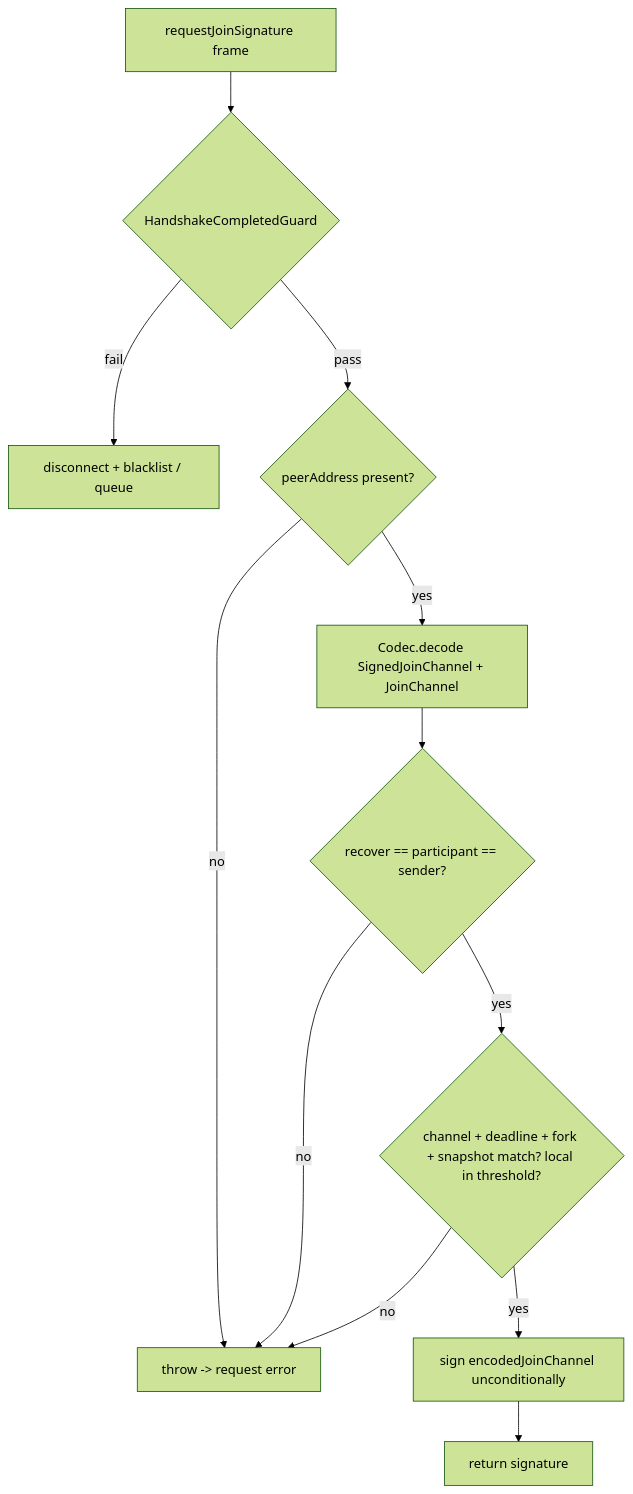
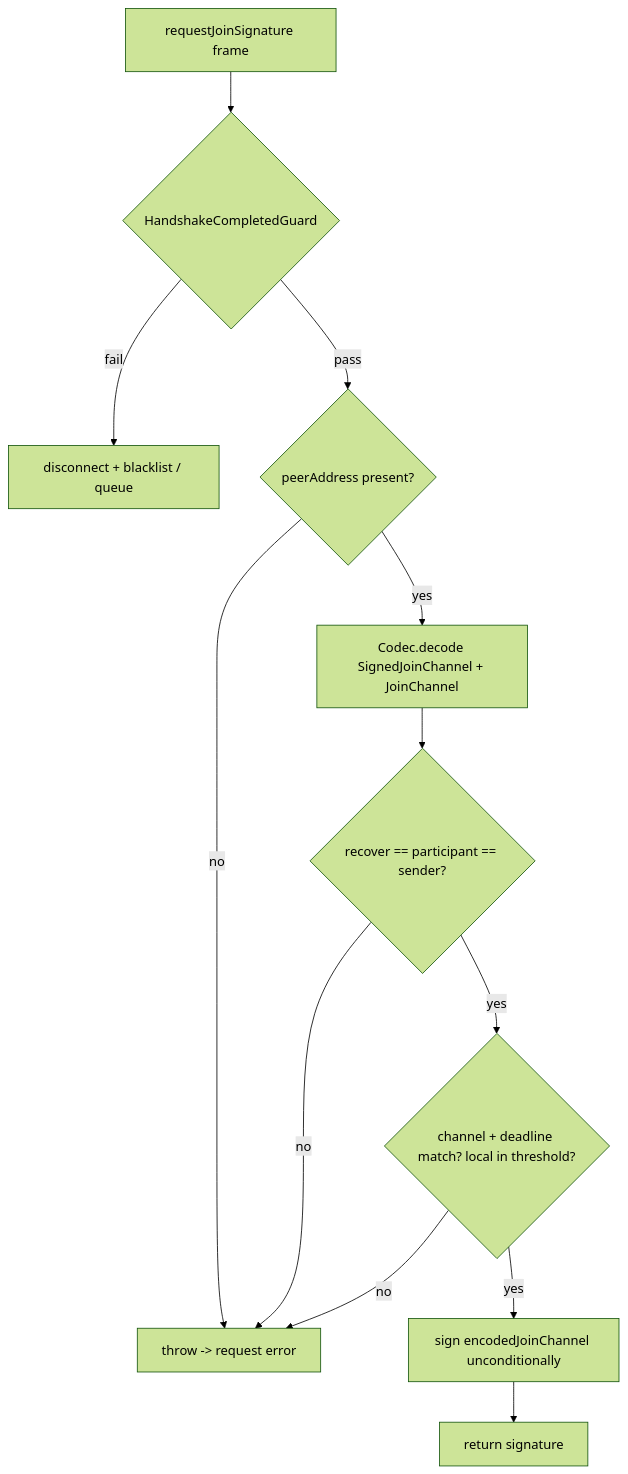
One commit to peer3to/state-channels-plus changed the diagram in docs/spec/implementation/views/architecture/sdk/rpc/join-channel.md. Above: the diagram before and after it, drawn with Mermaid (forest theme). The commit also changed other lines of this file and 283 other files, not shown here.

````diff
--- a/docs/spec/implementation/views/architecture/sdk/rpc/join-channel.md
+++ b/docs/spec/implementation/views/architecture/sdk/rpc/join-channel.md
@@ -160,14 +158,14 @@
 ```mermaid
 flowchart TD
     A[requestJoinSignature frame] --> G{HandshakeCompletedGuard}
     G -- fail --> GF[disconnect + blacklist / queue]
     G -- pass --> P{peerAddress present?}
     P -- no --> X[throw -> request error]
     P -- yes --> D[Codec.decode SignedJoinChannel + JoinChannel]
     D --> S{recover == participant == sender?}
     S -- no --> X
-    S -- yes --> C{channel + deadline + fork + snapshot match? local in threshold?}
+    S -- yes --> C{channel + deadline match? local in threshold?}
     C -- no --> X
     C -- yes --> SG[sign encodedJoinChannel unconditionally]
     SG --> R[return signature]
 ```
````
